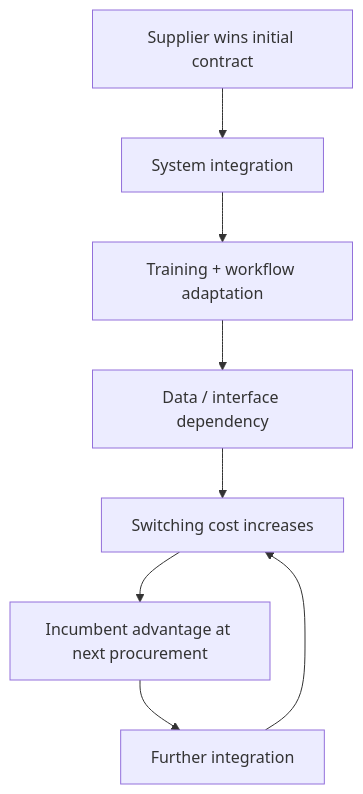
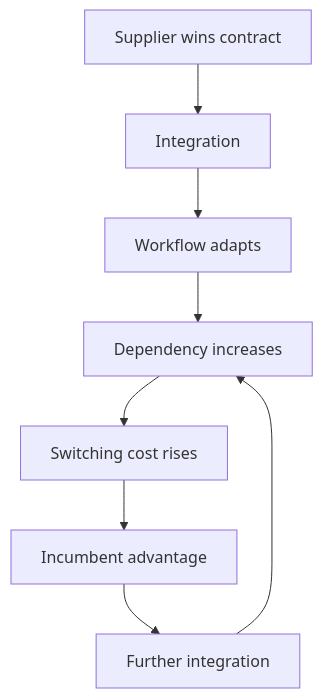
The sixth of 14 diagrams in 🌓_3_In_The_Moment/📲_Press_Matters/🇵🇸_Palestine_Factchecking/🌍_Global_Powers/💸_incentivising_behavioural_change_and_bds.md (josefsbreakfast/Polaris-Protocol), drawn with Mermaid before and after one commit. The commit also changed other lines of this file, not shown here.

````diff
--- a/🌓_3_In_The_Moment/📲_Press_Matters/🇵🇸_Palestine_Factchecking/🌍_Global_Powers/💸_incentivising_behavioural_change_and_bds.md
+++ b/🌓_3_In_The_Moment/📲_Press_Matters/🇵🇸_Palestine_Factchecking/🌍_Global_Powers/💸_incentivising_behavioural_change_and_bds.md
@@ -279,11 +187,11 @@
 ```mermaid
 flowchart TD
-    A[Supplier wins initial contract]
-    --> B[System integration]
-    --> C[Training + workflow adaptation]
-    --> D[Data / interface dependency]
-    --> E[Switching cost increases]
-    --> F[Incumbent advantage at next procurement]
+    A[Supplier wins contract]
+    --> B[Integration]
+    --> C[Workflow adapts]
+    --> D[Dependency increases]
+    --> E[Switching cost rises]
+    --> F[Incumbent advantage]
     --> G[Further integration]
-    --> E
+    --> D
 ```
````
